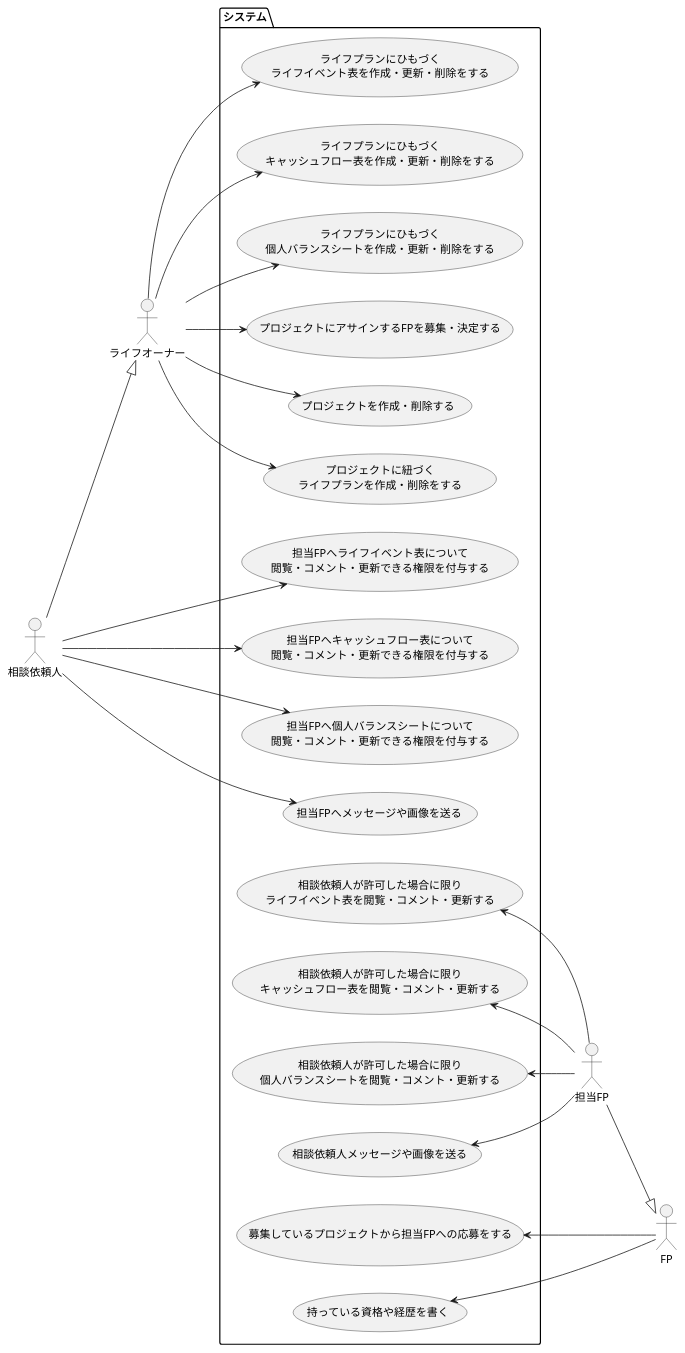
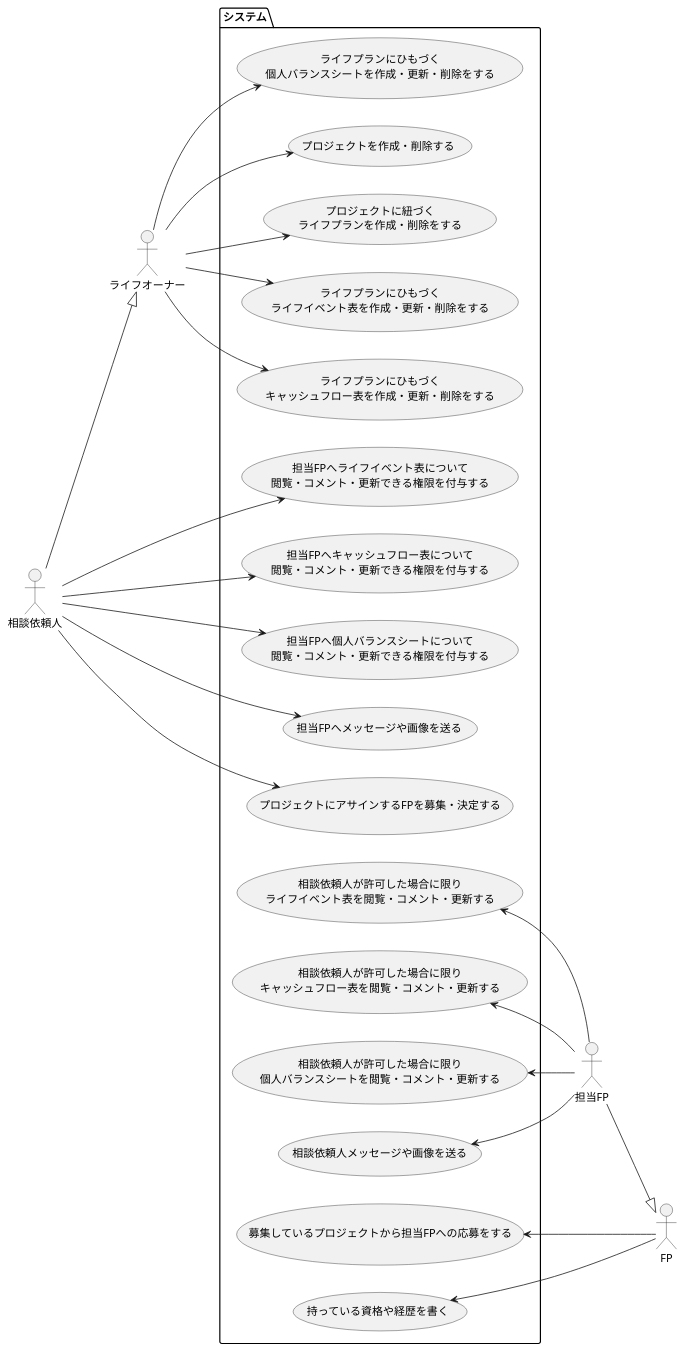
The diagram in life_planning/uml/usecases.puml (cocoeyes02/domain-modeling-training), drawn with PlantUML before and after one commit. The commit also changed 1 other file, not shown here.

Commit message:
fix(life_planning): プロジェクトに誰をアサインするかライフオーナーではなく相談依頼人が決めるので、ユースケース図を修正

```diff
--- a/life_planning/uml/usecases.puml
+++ b/life_planning/uml/usecases.puml
@@ -1,52 +1,52 @@
 @startuml
 left to right direction
 
 actor ライフオーナー as lifeOwner
 actor 相談依頼人 as client
 actor FP as fp
 actor 担当FP as assignedFp
 
 client --|> lifeOwner
 assignedFp --|> fp
 
 package システム {
   usecase "担当FPへライフイベント表について\n閲覧・コメント・更新できる権限を付与する" as authorizeForLifeEventList
   usecase "担当FPへキャッシュフロー表について\n閲覧・コメント・更新できる権限を付与する" as authorizeForCashFlowList
   usecase "担当FPへ個人バランスシートについて\n閲覧・コメント・更新できる権限を付与する" as authorizeForPersonalBalanceSheet
   usecase "担当FPへメッセージや画像を送る" as sendMessageForAssingedFp
+  usecase "プロジェクトにアサインするFPを募集・決定する" as proposalForProject
 
   usecase "プロジェクトを作成・削除する" as operateProject
   usecase "プロジェクトに紐づく\nライフプランを作成・削除をする" as operateLifePlan
   usecase "ライフプランにひもづく\nライフイベント表を作成・更新・削除をする" as operateLifeEventList
   usecase "ライフプランにひもづく\nキャッシュフロー表を作成・更新・削除をする" as operateCashFlowList
   usecase "ライフプランにひもづく\n個人バランスシートを作成・更新・削除をする" as operatePersonalBalanceSheet
-  usecase "プロジェクトにアサインするFPを募集・決定する" as proposalForProject
 
   usecase "相談依頼人が許可した場合に限り\nライフイベント表を閲覧・コメント・更新する" as operateLimitedlyForLifeEventList
   usecase "相談依頼人が許可した場合に限り\nキャッシュフロー表を閲覧・コメント・更新する" as operateLimitedlyForCashFlowList
   usecase "相談依頼人が許可した場合に限り\n個人バランスシートを閲覧・コメント・更新する" as operateLimitedlyForPersonalBalanceSheet
   usecase "相談依頼人メッセージや画像を送る" as sendMessageForClient
 
   usecase "募集しているプロジェクトから担当FPへの応募をする" as requestProposalForProject
   usecase "持っている資格や経歴を書く" as writeLicenseAndCareer
 }
 client --> authorizeForLifeEventList
 client --> authorizeForCashFlowList
 client --> authorizeForPersonalBalanceSheet
 client --> sendMessageForAssingedFp
+client --> proposalForProject
 
 operateLimitedlyForLifeEventList <-- assignedFp
 operateLimitedlyForCashFlowList <-- assignedFp
 operateLimitedlyForPersonalBalanceSheet <-- assignedFp
 sendMessageForClient <-- assignedFp
 
 lifeOwner --> operateProject
 lifeOwner --> operateLifePlan
 lifeOwner --> operateLifeEventList
 lifeOwner --> operateCashFlowList
 lifeOwner --> operatePersonalBalanceSheet
-lifeOwner --> proposalForProject
 
 requestProposalForProject <-- fp
 writeLicenseAndCareer <-- fp
 @enduml
```
